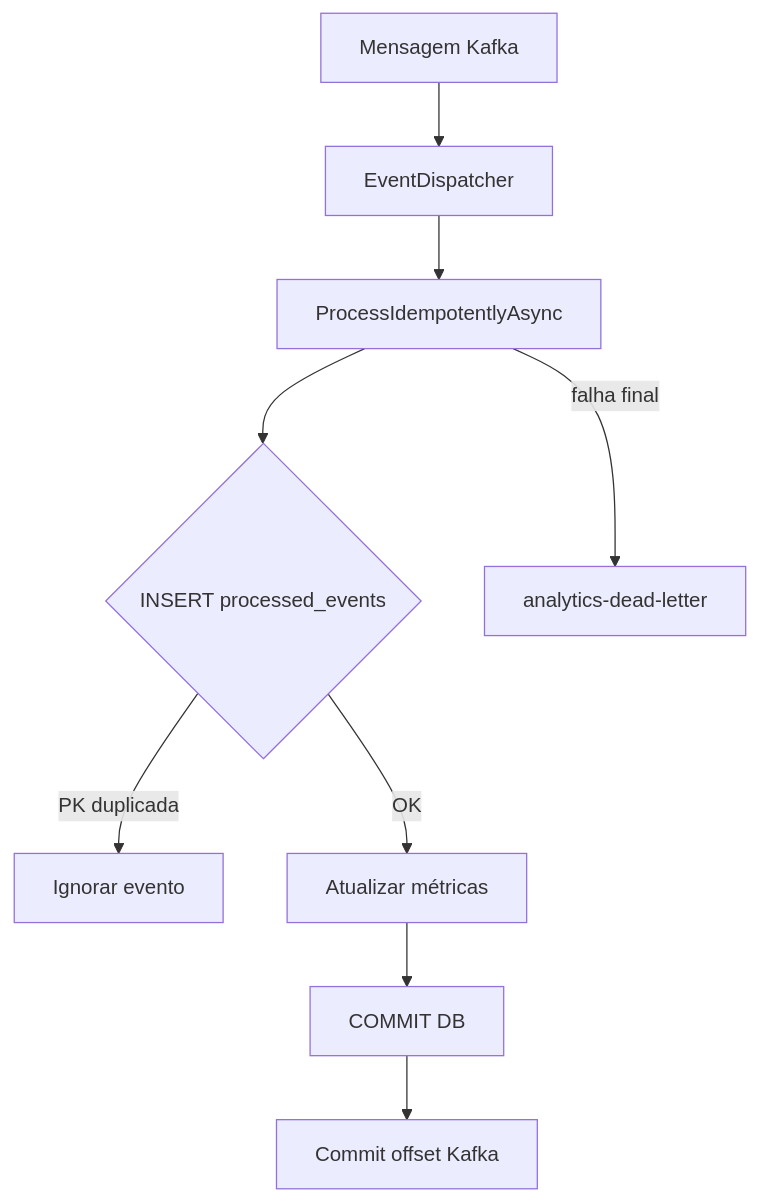
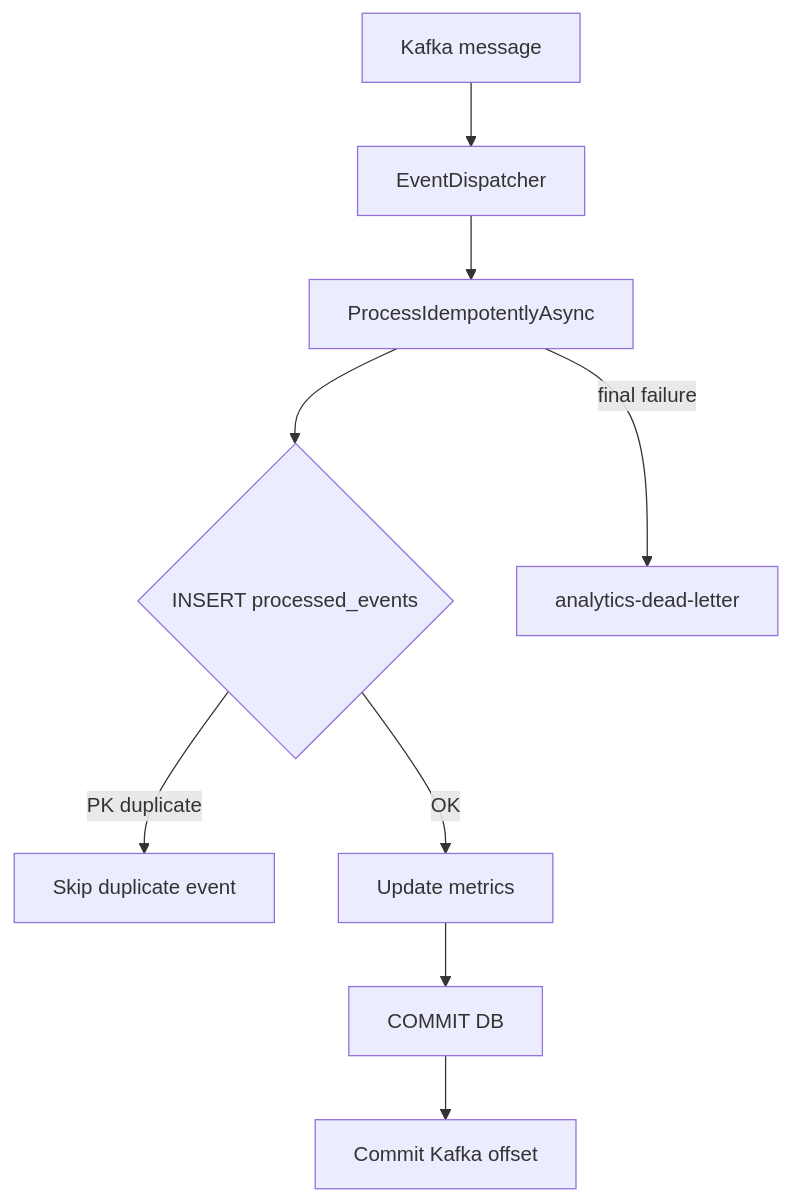
The second of 2 diagrams in README.md (luismpenholato/EventStreaming.Analytics.Kafka), drawn with Mermaid before and after one commit. The commit also changed other lines of this file and 26 other files, not shown here.

````diff
--- a/README.md
+++ b/README.md
@@ -58,11 +86,11 @@
 ```mermaid
 flowchart TD
-    M[Mensagem Kafka] --> D[EventDispatcher]
+    M[Kafka message] --> D[EventDispatcher]
     D --> P[ProcessIdempotentlyAsync]
     P --> I{INSERT processed_events}
-    I -->|PK duplicada| S[Ignorar evento]
-    I -->|OK| U[Atualizar métricas]
+    I -->|PK duplicate| S[Skip duplicate event]
+    I -->|OK| U[Update metrics]
     U --> C[COMMIT DB]
-    C --> K[Commit offset Kafka]
-    P -->|falha final| DLQ[analytics-dead-letter]
+    C --> K[Commit Kafka offset]
+    P -->|final failure| DLQ[analytics-dead-letter]
 ```
````
